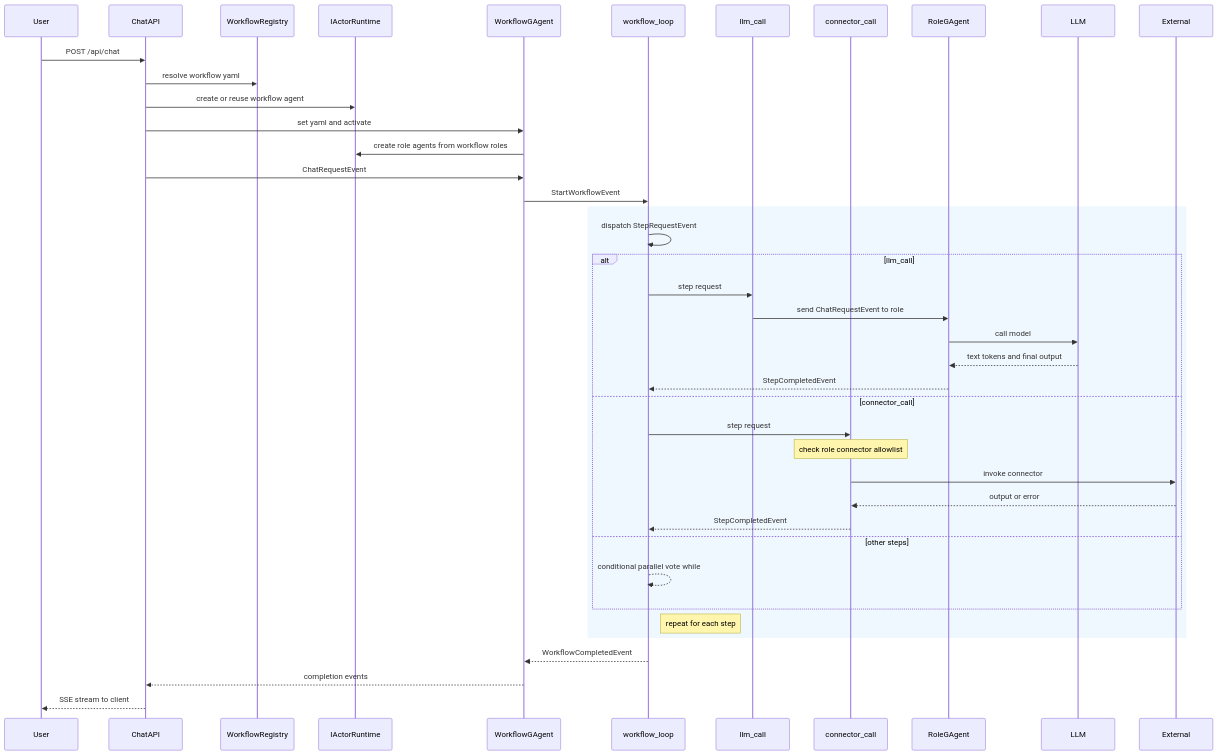
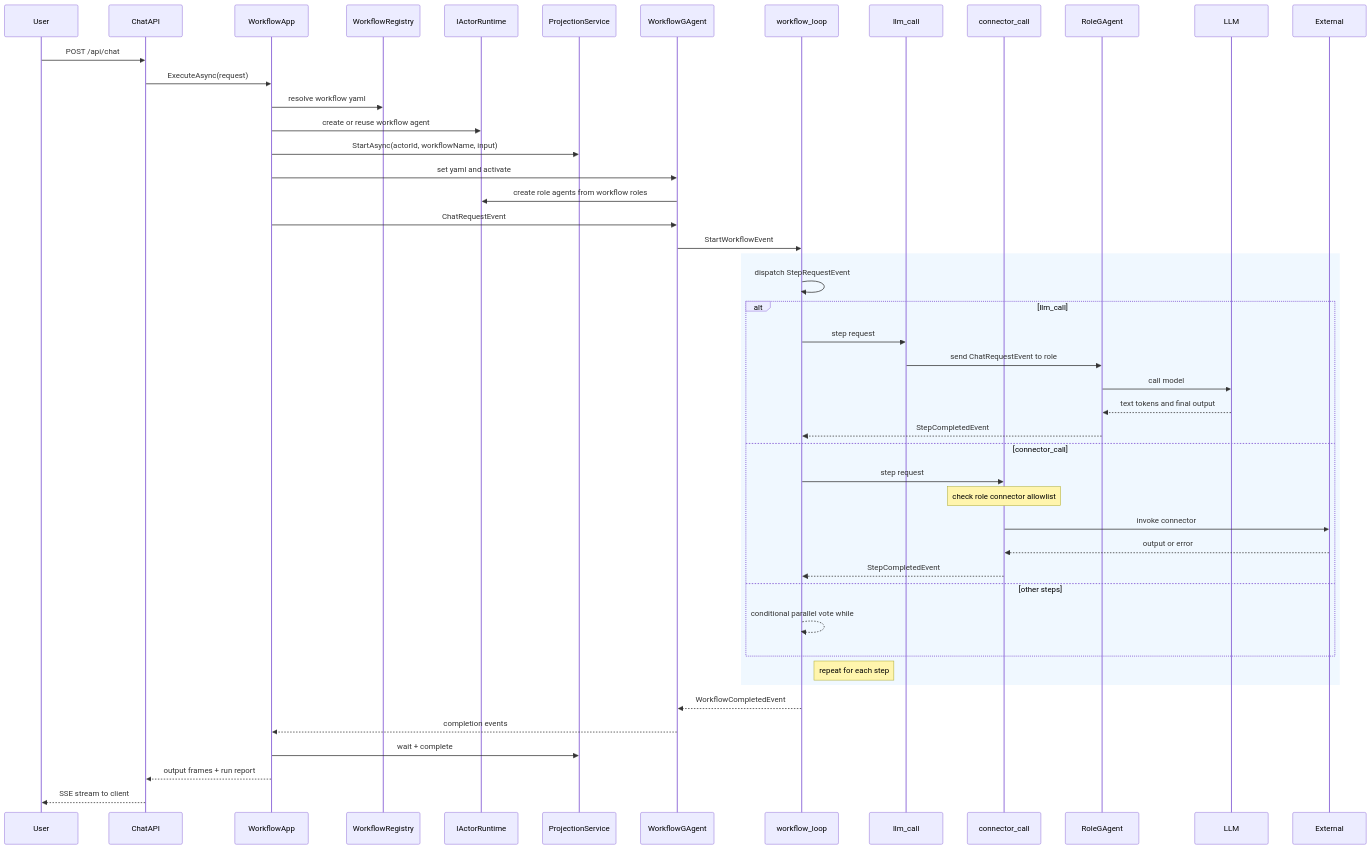
The second of 3 diagrams in README.md (aevatarAI/aevatar), drawn with Mermaid before and after one commit. The commit also changed other lines of this file and 5 other files, not shown here.

````diff
--- a/README.md
+++ b/README.md
@@ -120,46 +122,52 @@
 ```mermaid
 sequenceDiagram
     participant User
     participant API as ChatAPI
+    participant App as WorkflowApp
     participant Registry as WorkflowRegistry
     participant Runtime as IActorRuntime
+    participant Projection as ProjectionService
     participant Workflow as WorkflowGAgent
     participant Engine as workflow_loop
     participant LlmStep as llm_call
     participant ConnStep as connector_call
     participant Role as RoleGAgent
     participant LLM
     participant External
 
     User->>API: POST /api/chat
-    API->>Registry: resolve workflow yaml
-    API->>Runtime: create or reuse workflow agent
-    API->>Workflow: set yaml and activate
+    API->>App: ExecuteAsync(request)
+    App->>Registry: resolve workflow yaml
+    App->>Runtime: create or reuse workflow agent
+    App->>Projection: StartAsync(actorId, workflowName, input)
+    App->>Workflow: set yaml and activate
     Workflow->>Runtime: create role agents from workflow roles
-    API->>Workflow: ChatRequestEvent
+    App->>Workflow: ChatRequestEvent
     Workflow->>Engine: StartWorkflowEvent
 
     rect rgb(240, 248, 255)
         Engine->>Engine: dispatch StepRequestEvent
         alt llm_call
             Engine->>LlmStep: step request
             LlmStep->>Role: send ChatRequestEvent to role
             Role->>LLM: call model
             LLM-->>Role: text tokens and final output
             Role-->>Engine: StepCompletedEvent
         else connector_call
             Engine->>ConnStep: step request
             Note over ConnStep: check role connector allowlist
             ConnStep->>External: invoke connector
             External-->>ConnStep: output or error
             ConnStep-->>Engine: StepCompletedEvent
         else other steps
             Engine-->>Engine: conditional parallel vote while
         end
         Note right of Engine: repeat for each step
     end
 
     Engine-->>Workflow: WorkflowCompletedEvent
-    Workflow-->>API: completion events
+    Workflow-->>App: completion events
+    App->>Projection: wait + complete
+    App-->>API: output frames + run report
     API-->>User: SSE stream to client
 ```
````
